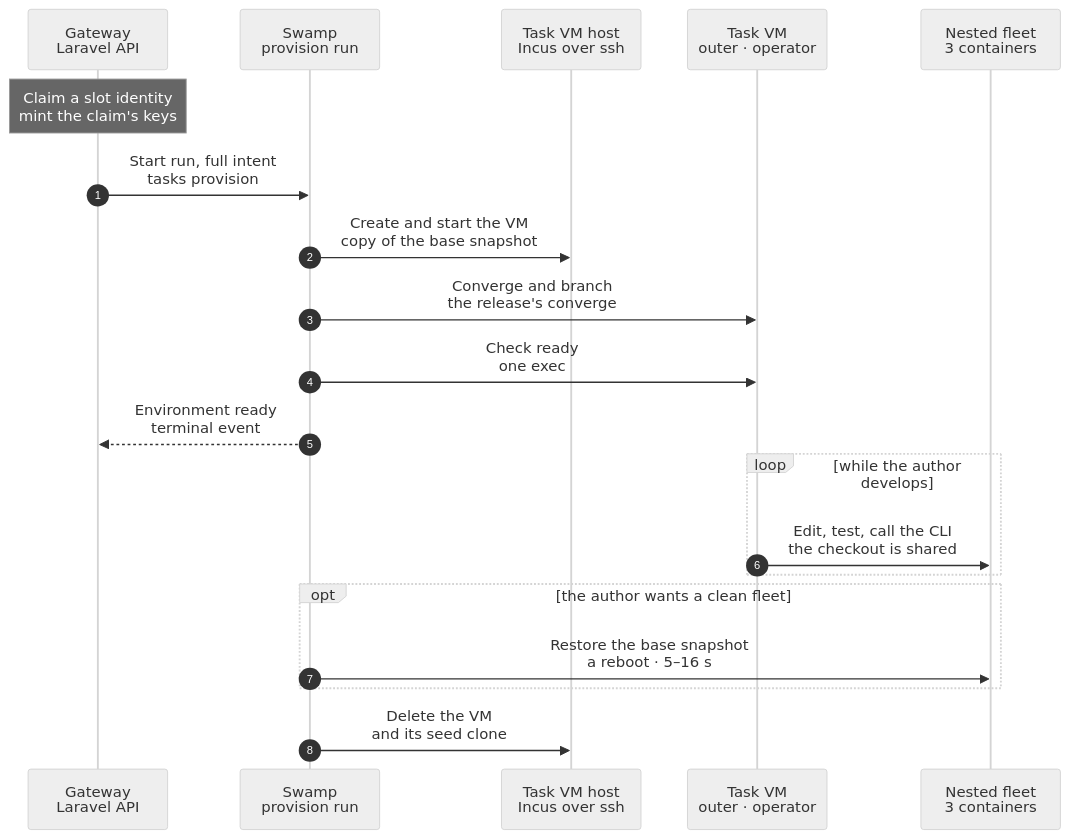
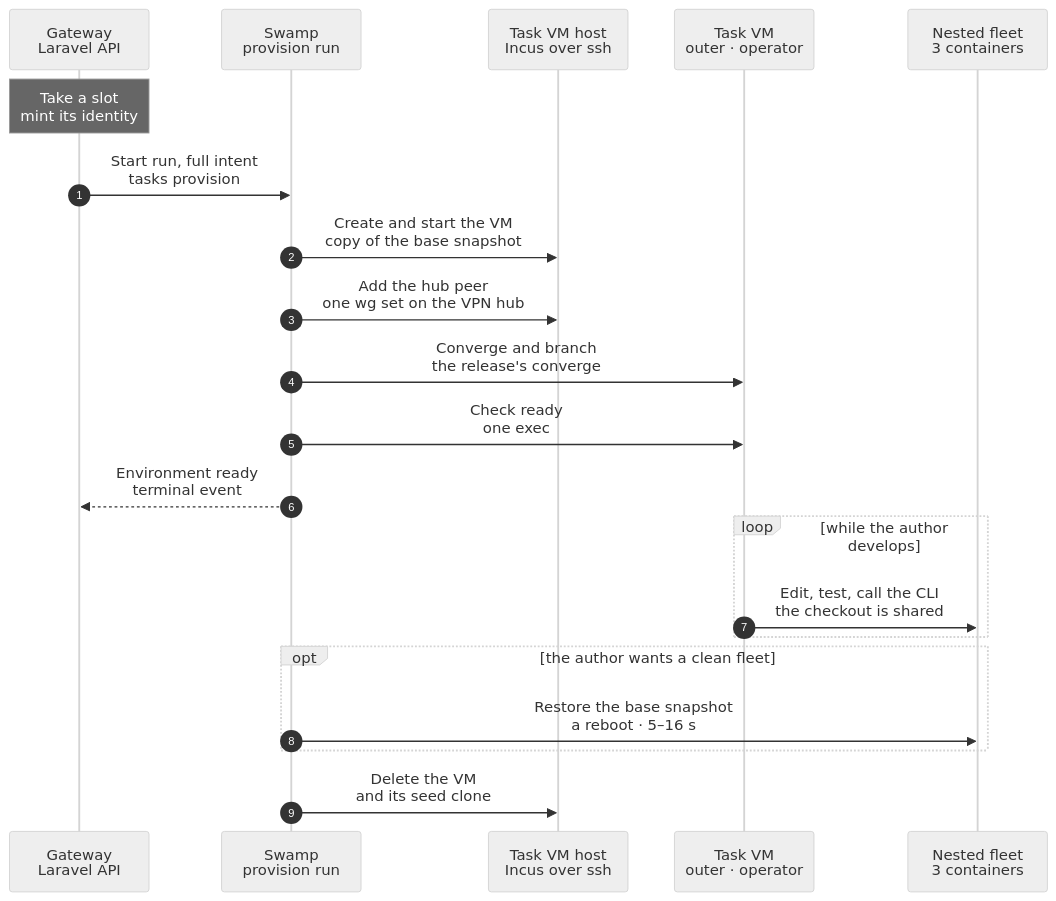
One commit to hardimpactdev/orbit changed the diagram in docs/reference/pipeline/2-development-environment.mmd. Above: the diagram before and after it, drawn with Mermaid (neutral theme). The commit also changed 58 other files, not shown here.

First line of the commit message:
Task start mints a fresh identity per slot; release deletes the Node

```diff
--- a/docs/reference/pipeline/2-development-environment.mmd
+++ b/docs/reference/pipeline/2-development-environment.mmd
@@ -1,55 +1,59 @@
 sequenceDiagram
-  %% Target design (agreed with Nick, 2026-11-07): stage 2 of the command development pipeline. A task VM, where an agent or Nick develops a command and the proof cases run too, is a copy of the host's base VM snapshot with a fixed slot identity `<node>-tvm-<n>`. The base holds everything installed and ready: orbit-agent, the Pi server, the tools, Swamp, sshd and UFW, a warm checkout of main with `vendor/` and `node_modules/`, and the nested fleet (a Gateway with Swamp, an app-dev Node, an app-prod Node) as Incus system containers that start with the VM, with a `base` snapshot each for the proof. The containers mount the outer VM's checkout as a disk device, so an edit reaches them at once. The task start: docs/cli/tasks/provision.mmd.
+  %% Target design (agreed with Nick, 2026-11-07): stage 2 of the command development pipeline. A task VM, where an agent or Nick develops a command and the proof cases run too, is a copy of the host's base VM snapshot with a fresh identity, named `<node>-tvm-<n>` by its slot under the host's `max_vms`. The base holds everything installed and ready: orbit-agent, the Pi server, the tools, Swamp, sshd and UFW, a warm checkout of main with `vendor/` and `node_modules/`, and the nested fleet (a Gateway with Swamp, an app-dev Node, an app-prod Node) as Incus system containers that start with the VM, with a `base` snapshot each for the proof. The containers mount the outer VM's checkout as a disk device, so an edit reaches them at once. The task start: docs/cli/tasks/provision.mmd.
   %% status: draft
   %% command: development pipeline stage 2 · development environment
   %% kind: pipeline.2-development-environment
   autonumber
   %% lane GW icon=gateway pill=intent tone=blue
   %% lane SW icon=workflow pill=executes tone=green
   %% lane H icon=server pill=target tone=amber
   %% lane VM icon=server pill=task VM tone=purple
   %% lane NT icon=server pill=fleet tone=gray
   participant GW as Gateway<br/>Laravel API
   participant SW as Swamp<br/>provision run
   participant H as Task VM host<br/>Incus over ssh
   participant VM as Task VM<br/>outer · operator
   participant NT as Nested fleet<br/>3 containers
-  Note over GW: Claim a slot identity<br/>mint the claim's keys
+  Note over GW: Take a slot<br/>mint its identity
   %%> Requirements:
-  %%> - an external task group in `todo`, a free slot identity and a promoted base snapshot on its host
+  %%> - an external task group in `todo`, a free slot under a host's `max_vms` and a promoted base snapshot on that host
   %%> Result:
-  %%> - the group holds the identity; its Node, WireGuard peer, host key and agent secret already exist; the claim's Pi token and model key are new
+  %%> - the group holds the slot; its Node, WireGuard key, host key, agent secret, Pi token and model key are new, and the public keys are pinned on the Node
   %%> - a proof is placed only on a host whose promoted image holds every change of what the image carries, up to the merge base of the proof commit with main (`TaskVmImageInputs`); otherwise the admission answers `tasks.capacity_unavailable` and names the release the host's image comes from
   GW->>SW: Start run, full intent<br/>tasks provision
   %%> Why:
   %%> - the same run for a person, an agent or a CI proof
   SW->>H: Create and start the VM<br/>copy of the base snapshot
   %%> What it does:
-  %%> - `incus copy` of the host's base snapshot and a clone of its seed snapshot (ZFS clones), `incus start`, then the identity and the claim's keys are written; the containers start with the VM
+  %%> - `incus copy` of the host's base snapshot and a clone of its seed snapshot (ZFS clones), the identity and keys written in the same exec, `incus start`; the containers start with the VM
+  SW->>H: Add the hub peer<br/>one wg set on the VPN hub
+  %%> Runs beside the step before it: Swamp starts both at once.
+  %%> What it does:
+  %%> - adds the new WireGuard key as a peer of the hub while the VM boots
   SW->>VM: Converge and branch<br/>the release's converge
   %%> What it does:
   %%> - the converge of the release refresh: a no-op on a current image; it catches up a small delta when main moved since the last release
   %%> - then the new task branch on the warm checkout, at the group's start commit
-  %%> - the outer VM is the operator of the nested fleet; that operator key belongs to the nested network only and is baked with the fleet, so it is no part of the slot identity
+  %%> - the outer VM is the operator of the nested fleet; that operator key belongs to the nested network only and is baked with the fleet, so it is no part of the VM's identity
   SW->>VM: Check ready<br/>one exec
   %%> What it does:
   %%> - one exec checks the agent, Pi, the tunnel and the three containers; Swamp's `assert` decides
   SW-->>GW: Environment ready<br/>terminal event
   %%> Result:
   %%> - the group runs on the slot; the proof (stage 3) or the proof CI (stage 4) uses the fleet
   %%> - target under 30 s from admission
   loop while the author develops
     VM->>NT: Edit, test, call the CLI<br/>the checkout is shared
     %%> What it does:
     %%> - the author edits and runs tests on the outer VM; PHP in the nested containers sees the change on the next request
     %%> - the candidate CLI on the outer VM talks to the nested Gateway as the operator
     %%> - after a new migration, the author runs the migrations in the nested Gateway
   end
   opt the author wants a clean fleet
     SW->>NT: Restore the base snapshot<br/>a reboot · 5–16 s
     %%> What it keeps:
     %%> - the outer VM, Pi and the checkout
   end
   SW->>H: Delete the VM<br/>and its seed clone
   %%> What it does:
   %%> - at the end of the group the VM and its seed clone go and the claim's model key is revoked (docs/cli/tasks/cancel.mmd); the identity stays
```
